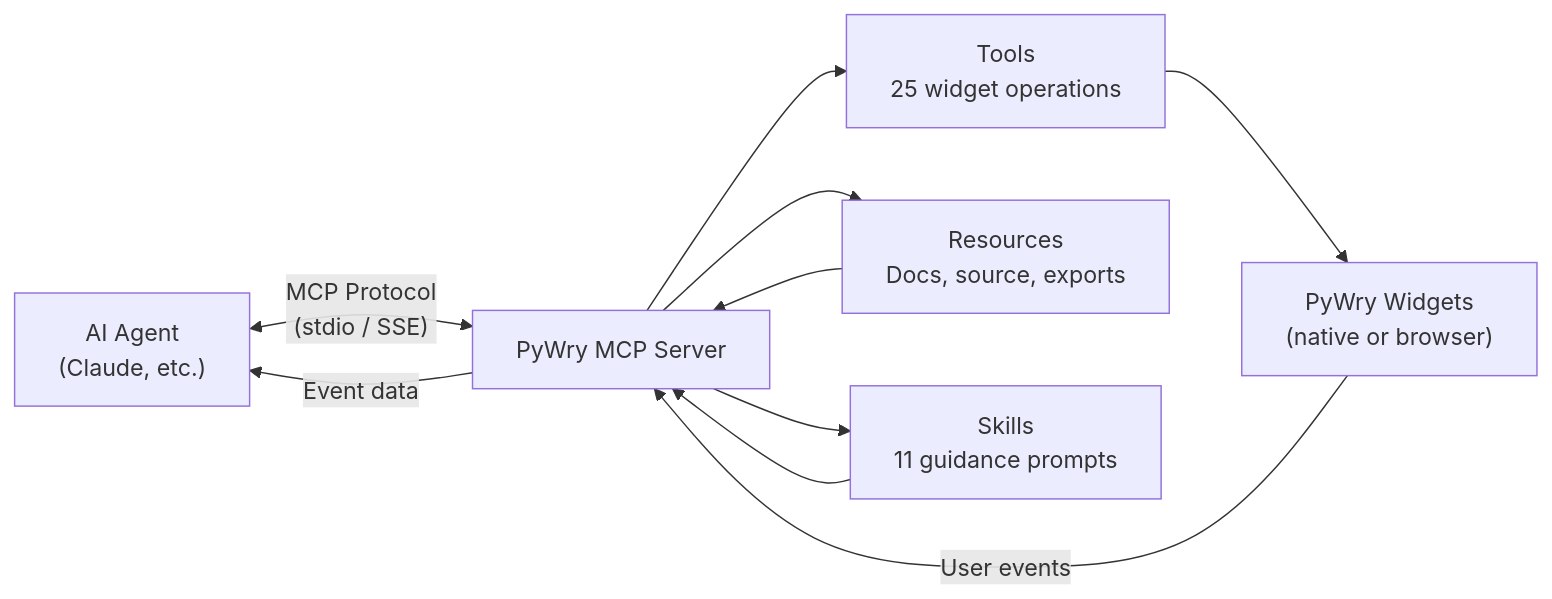
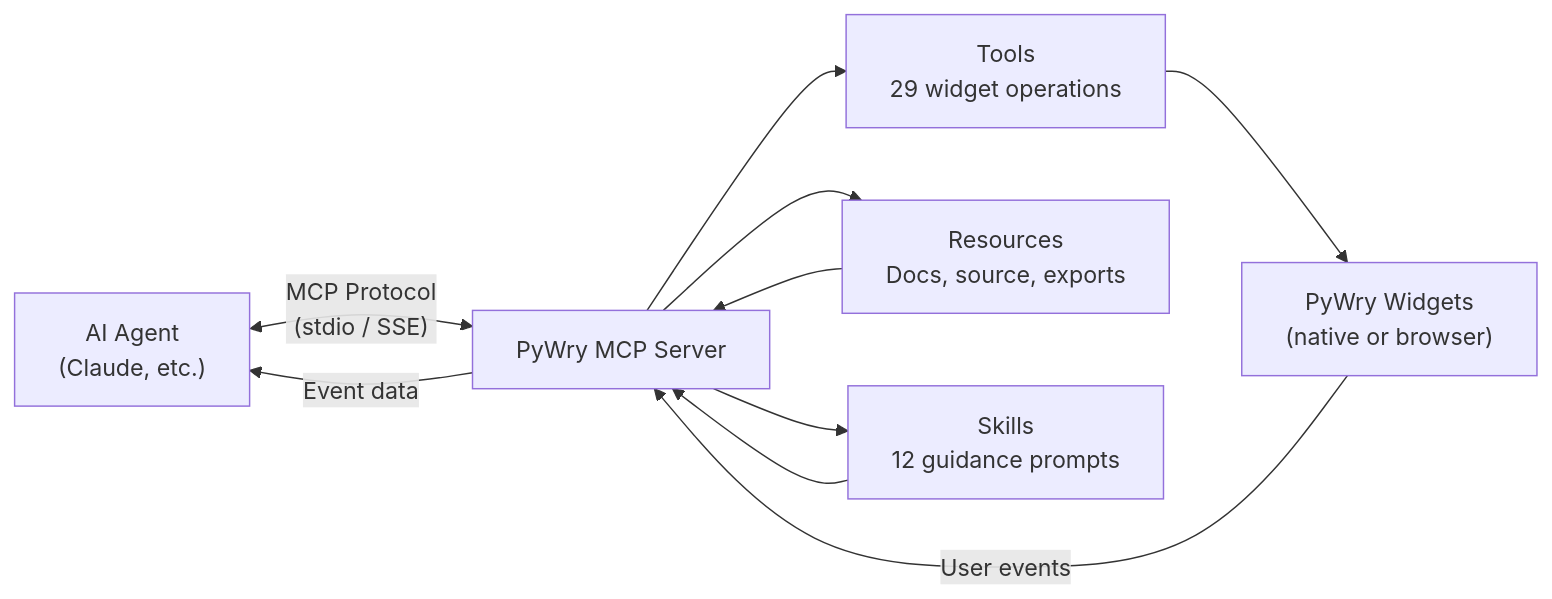
Before and after one commit to deeleeramone/PyWry: the diagram in pywry/docs/docs/mcp/index.md, drawn with Mermaid. The commit also changed other lines of this file and 29 other files, not shown here.

````diff
--- a/pywry/docs/docs/mcp/index.md
+++ b/pywry/docs/docs/mcp/index.md
@@ -74,12 +74,12 @@
 ```mermaid
 flowchart LR
     A["AI Agent<br>(Claude, etc.)"] <-->|"MCP Protocol<br>(stdio / SSE)"| B["PyWry MCP Server"]
-    B --> C["Tools<br>25 widget operations"]
+    B --> C["Tools<br>29 widget operations"]
     B --> D["Resources<br>Docs, source, exports"]
-    B --> E["Skills<br>11 guidance prompts"]
+    B --> E["Skills<br>12 guidance prompts"]
     C --> F["PyWry Widgets<br>(native or browser)"]
     D --> B
     E --> B
     F -->|"User events"| B
     B -->|"Event data"| A
 ```
````
